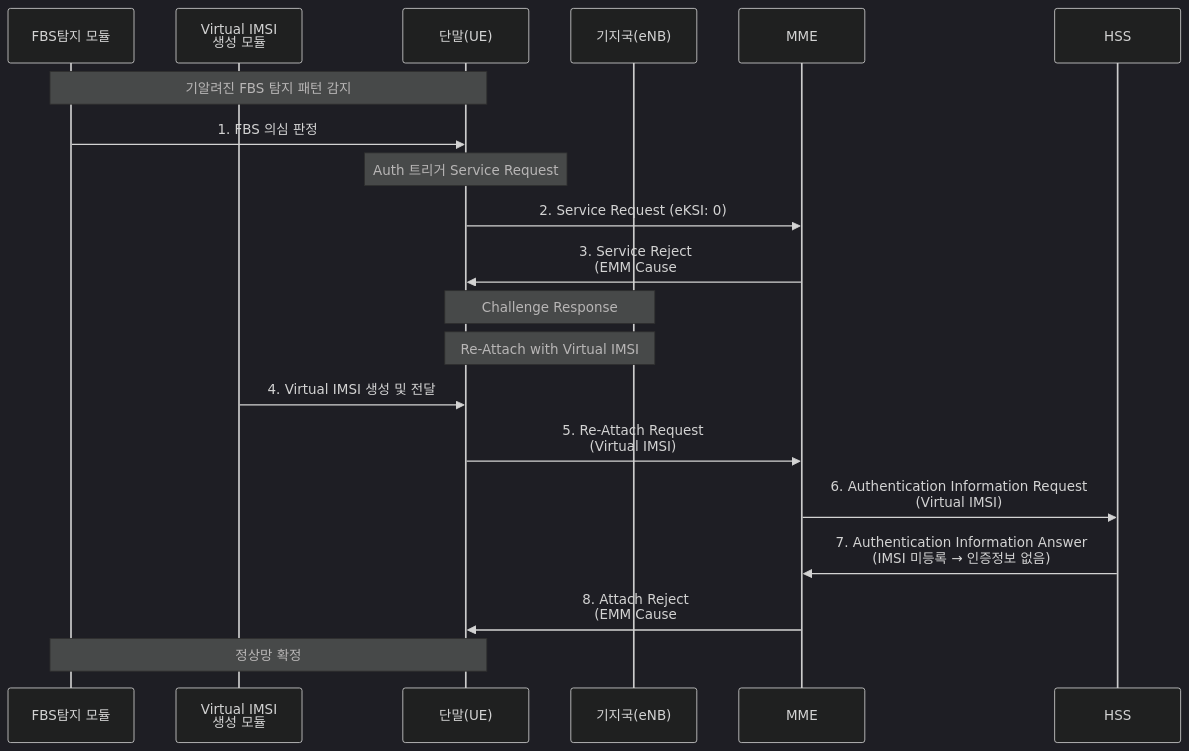
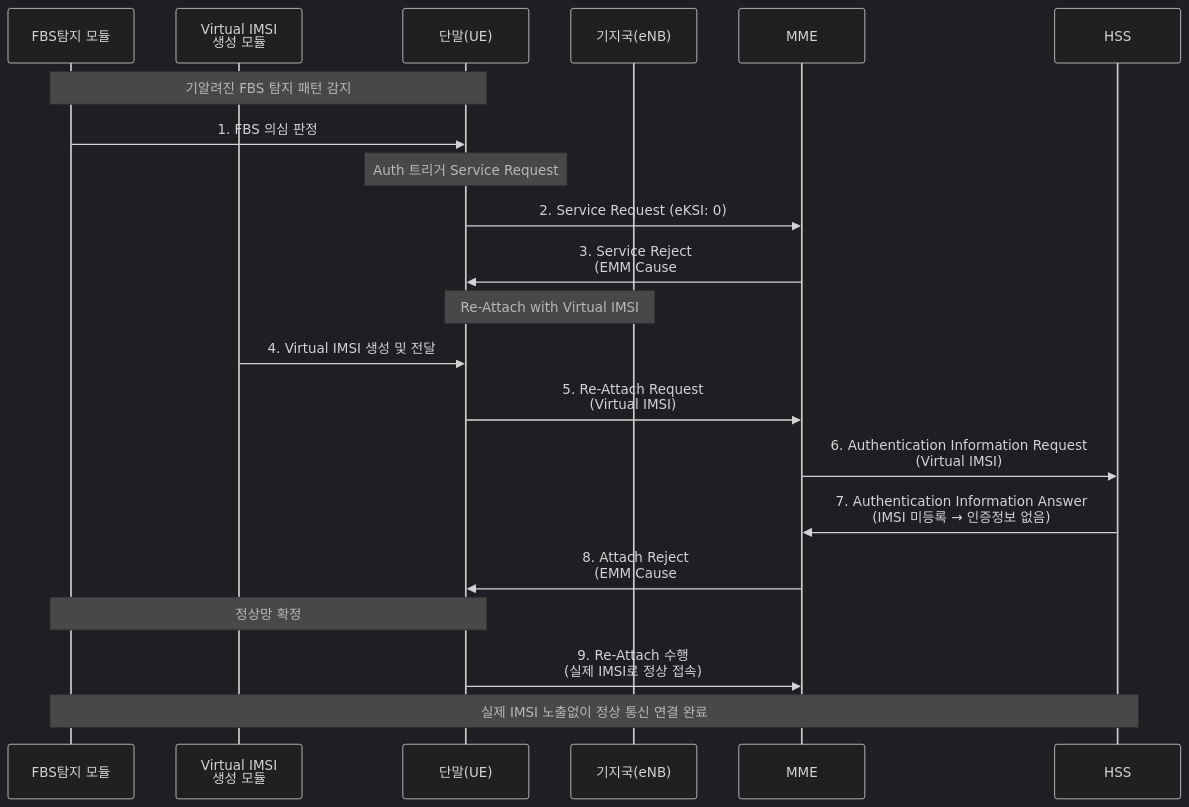
Before and after one commit to brianrobo/new-idea-flow: the third of 4 diagrams in sequence.md, drawn with Mermaid (dark theme). The commit also changed other lines of this file, not shown here.

````diff
--- a/sequence.md
+++ b/sequence.md
@@ -45,23 +45,24 @@
 ```mermaid
 sequenceDiagram
     participant FBS as FBS탐지 모듈
     participant VIMSI as Virtual IMSI<br/>생성 모듈
     participant UE as 단말(UE)
     participant eNB as 기지국(eNB)
     participant MME as MME
     participant HSS as HSS
 
     Note over FBS,UE: 기알려진 FBS 탐지 패턴 감지
     FBS->>UE: 1. FBS 의심 판정
     Note over UE: Auth 트리거 Service Request
     UE->>MME: 2. Service Request (eKSI: 0)
     MME->>UE: 3. Service Reject<br/>(EMM Cause #9 또는 #10)
-    Note over UE,eNB: Challenge Response
     Note over UE,eNB: Re-Attach with Virtual IMSI
     VIMSI->>UE: 4. Virtual IMSI 생성 및 전달
     UE->>MME: 5. Re-Attach Request<br/>(Virtual IMSI)
     MME->>HSS: 6. Authentication Information Request<br/>(Virtual IMSI)
     HSS->>MME: 7. Authentication Information Answer<br/>(IMSI 미등록 → 인증정보 없음)
     MME->>UE: 8. Attach Reject<br/>(EMM Cause #2 또는 #8)
     Note over FBS,UE: 정상망 확정
+    UE->>MME: 9. Re-Attach 수행<br/>(실제 IMSI로 정상 접속)
+    Note over FBS,HSS: 실제 IMSI 노출없이 정상 통신 연결 완료
 ```
````
